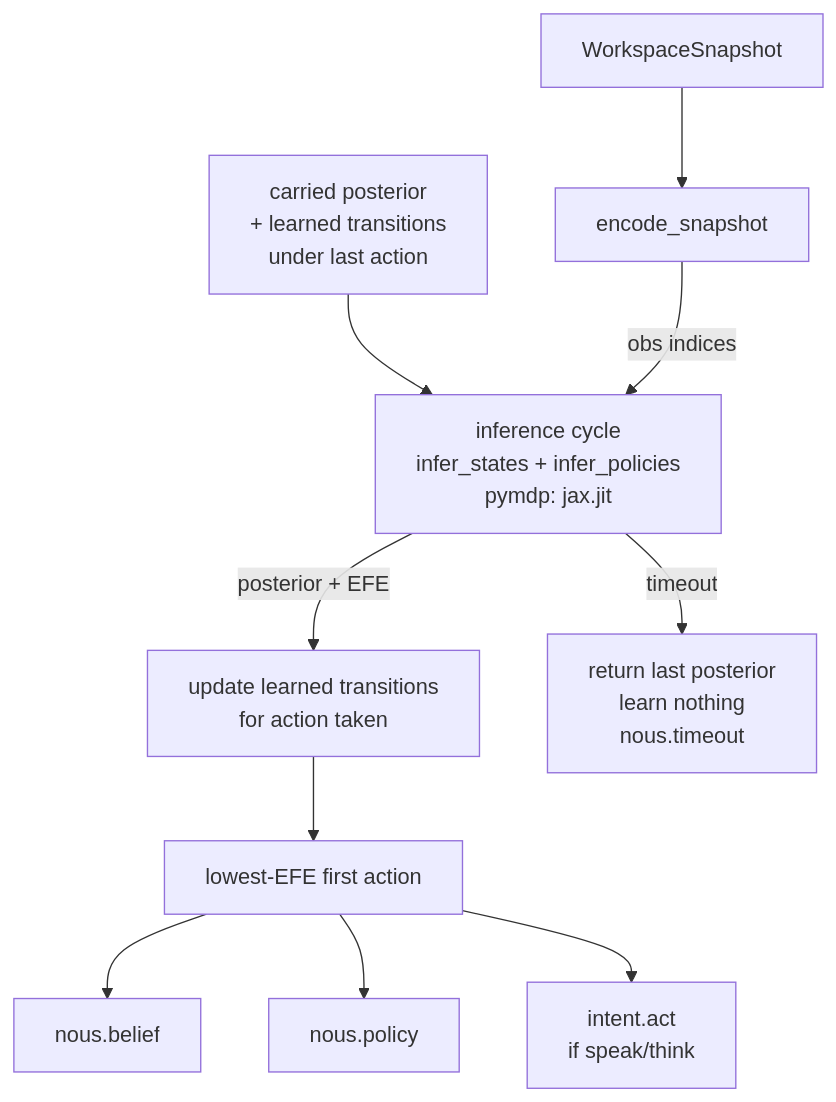
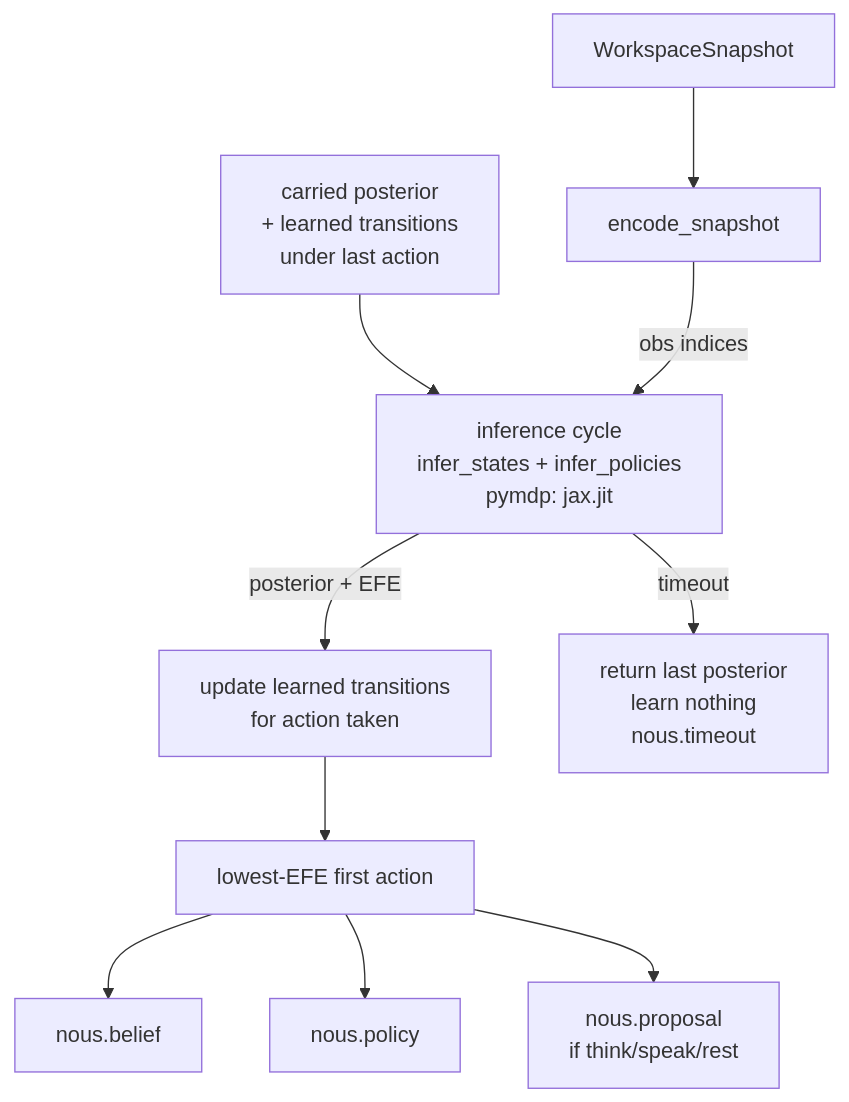
The diagram in docs/modules/nous.md (kaineone/kaine), drawn with Mermaid before and after one commit. The commit also changed other lines of this file and 45 other files, not shown here.

````diff
--- a/docs/modules/nous.md
+++ b/docs/modules/nous.md
@@ -111,12 +112,12 @@
 ```mermaid
 flowchart TD
     WS[WorkspaceSnapshot] --> ENC[encode_snapshot]
     PRIOR[carried posterior\n+ learned transitions\nunder last action] --> INFER
     ENC --> |obs indices| INFER[inference cycle\ninfer_states + infer_policies\npymdp: jax.jit]
     INFER --> |posterior + EFE| LEARN[update learned transitions\nfor action taken]
     LEARN --> SEL[lowest-EFE first action]
     SEL --> BELIEF[nous.belief]
     SEL --> POLICY[nous.policy]
-    SEL --> INTENT[intent.act\nif speak/think]
+    SEL --> PROPOSAL[nous.proposal\nif think/speak/rest]
     INFER -- timeout --> LAST[return last posterior\nlearn nothing\nnous.timeout]
 ```
````
